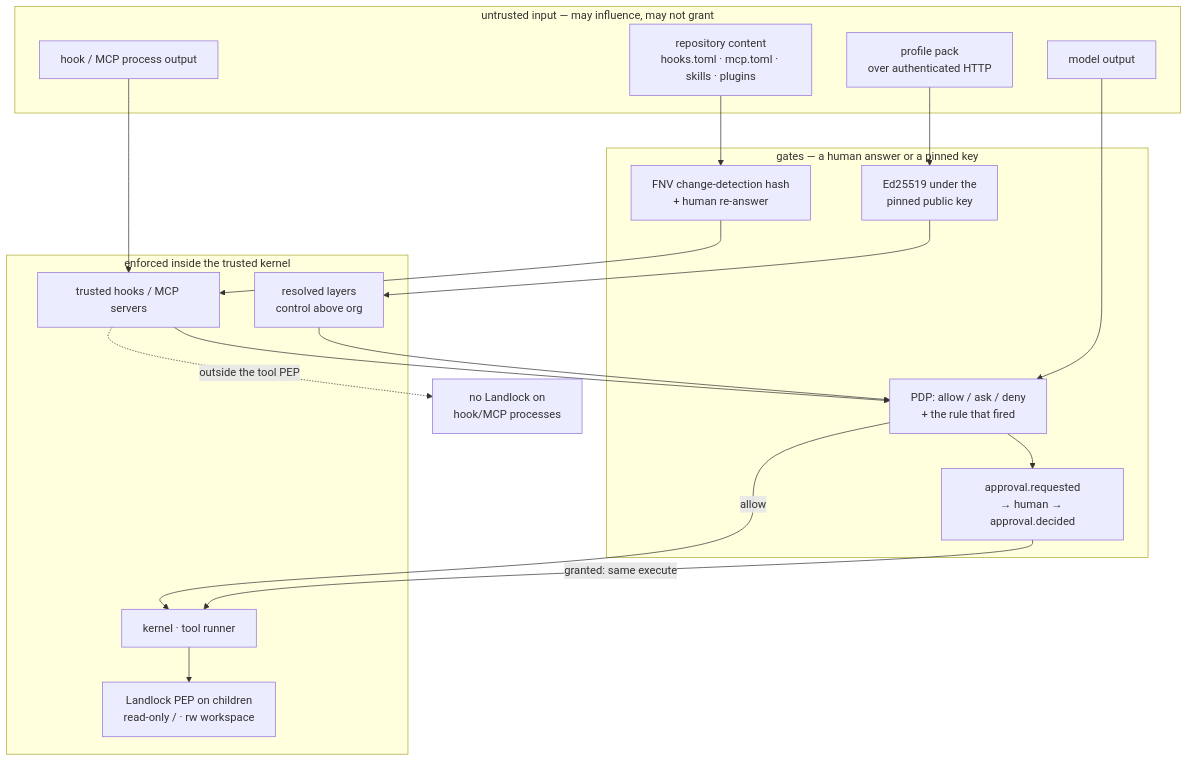
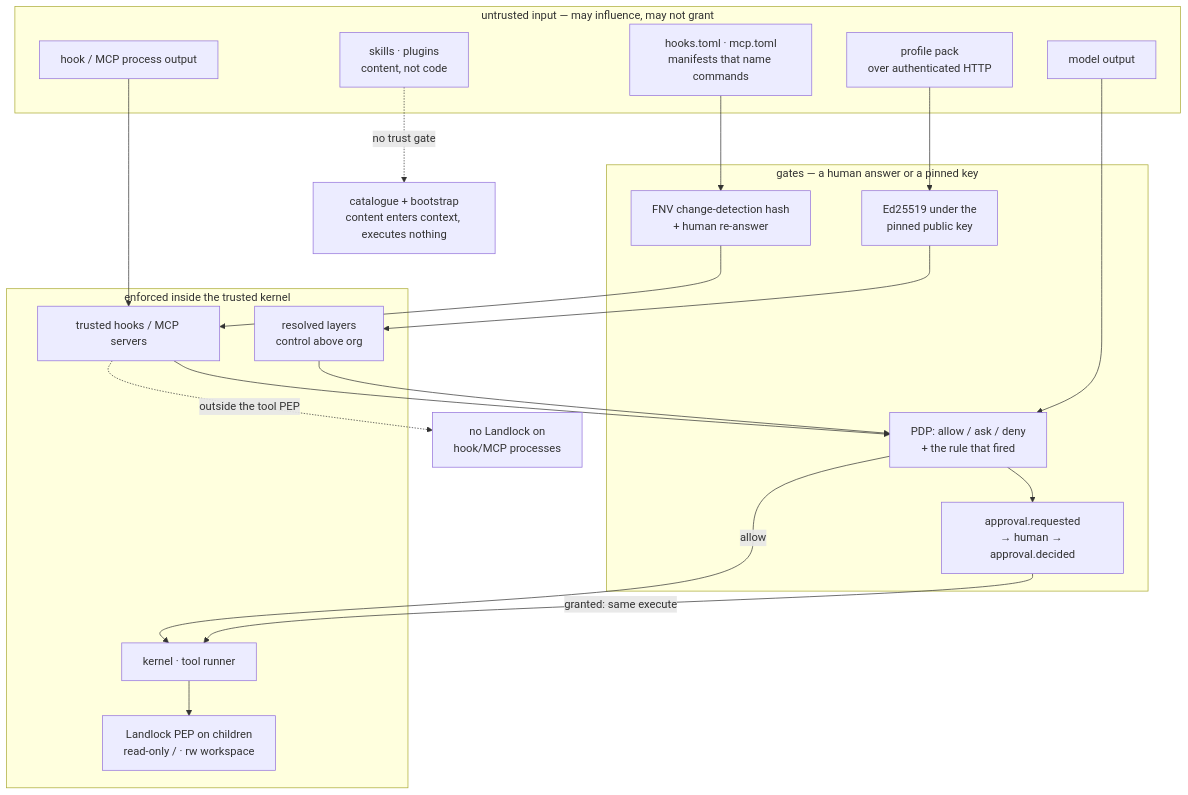
One commit to fengchangfight/loongagent changed the diagram in docs/design/security-trust.md. Above: the diagram before and after it, drawn with Mermaid. The commit also changed other lines of this file and 3 other files, not shown here.

````diff
--- a/docs/design/security-trust.md
+++ b/docs/design/security-trust.md
@@ -46,35 +47,37 @@
 ```mermaid
 flowchart TB
     subgraph untrusted["untrusted input — may influence, may not grant"]
-        REPO["repository content<br/>hooks.toml · mcp.toml · skills · plugins"]
+        REPO["hooks.toml · mcp.toml<br/>manifests that name commands"]
+        CONTENT["skills · plugins<br/>content, not code"]
         WIRE["profile pack<br/>over authenticated HTTP"]
         MODEL["model output"]
         PROC["hook / MCP process output"]
     end
 
     subgraph gates["gates — a human answer or a pinned key"]
         HASH["FNV change-detection hash<br/>+ human re-answer"]
         SIG["Ed25519 under the<br/>pinned public key"]
         PDP["PDP: allow / ask / deny<br/>+ the rule that fired"]
         APPROVAL["approval.requested<br/>→ human → approval.decided"]
     end
 
     subgraph enforced["enforced inside the trusted kernel"]
         CFG["resolved layers<br/>control above org"]
         HOOKS["trusted hooks / MCP servers"]
         KERNEL["kernel · tool runner"]
         PEP["Landlock PEP on children<br/>read-only / · rw workspace"]
     end
 
     REPO --> HASH --> HOOKS
+    CONTENT -.->|"no trust gate"| CATALOG["catalogue + bootstrap<br/>content enters context, executes nothing"]
     WIRE --> SIG --> CFG
     MODEL --> PDP
     PROC --> HOOKS
     HOOKS --> PDP
     CFG --> PDP
     PDP --> APPROVAL
     PDP -->|"allow"| KERNEL
     APPROVAL -->|"granted: same execute"| KERNEL
     KERNEL --> PEP
     HOOKS -.->|"outside the tool PEP"| NOPE["no Landlock on<br/>hook/MCP processes"]
 ```
````
